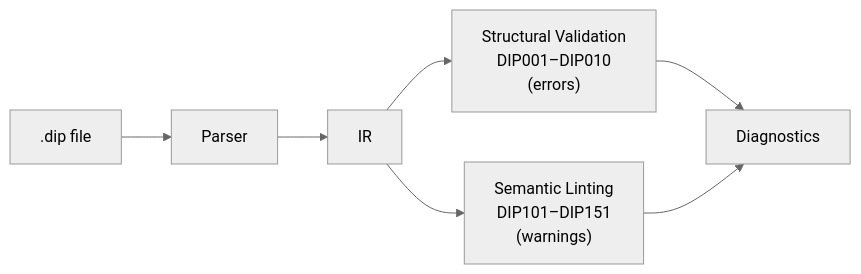
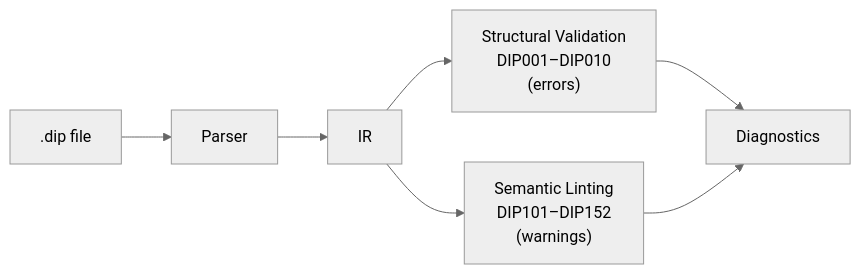
Before and after one commit to 2389-research/dippin-lang: the diagram in docs/validation.md, drawn with Mermaid (neutral theme). The commit also changed other lines of this file and 16 other files, not shown here.

````diff
--- a/docs/validation.md
+++ b/docs/validation.md
@@ -10,9 +10,9 @@
 ```mermaid
 graph LR
     SRC[".dip file"] --> PARSE["Parser"]
     PARSE --> IR["IR"]
     IR --> VAL["Structural Validation<br>DIP001–DIP010<br>(errors)"]
-    IR --> LINT["Semantic Linting<br>DIP101–DIP151<br>(warnings)"]
+    IR --> LINT["Semantic Linting<br>DIP101–DIP152<br>(warnings)"]
     VAL --> DIAG["Diagnostics"]
     LINT --> DIAG
 ```
````
